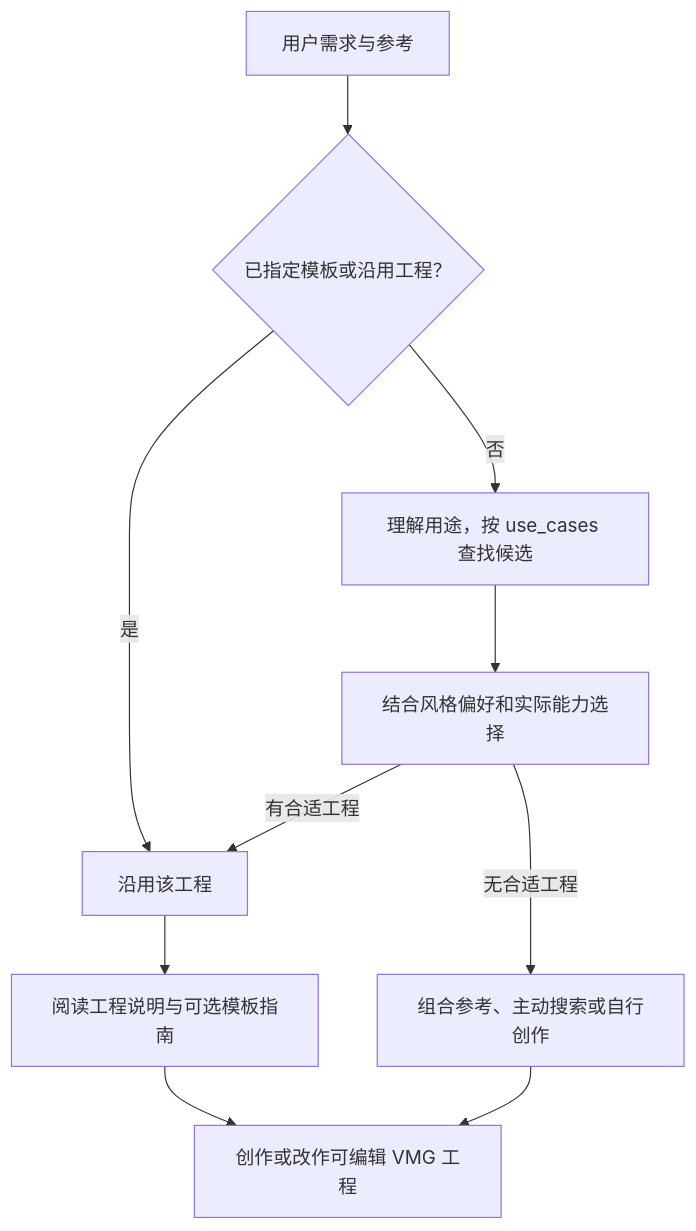
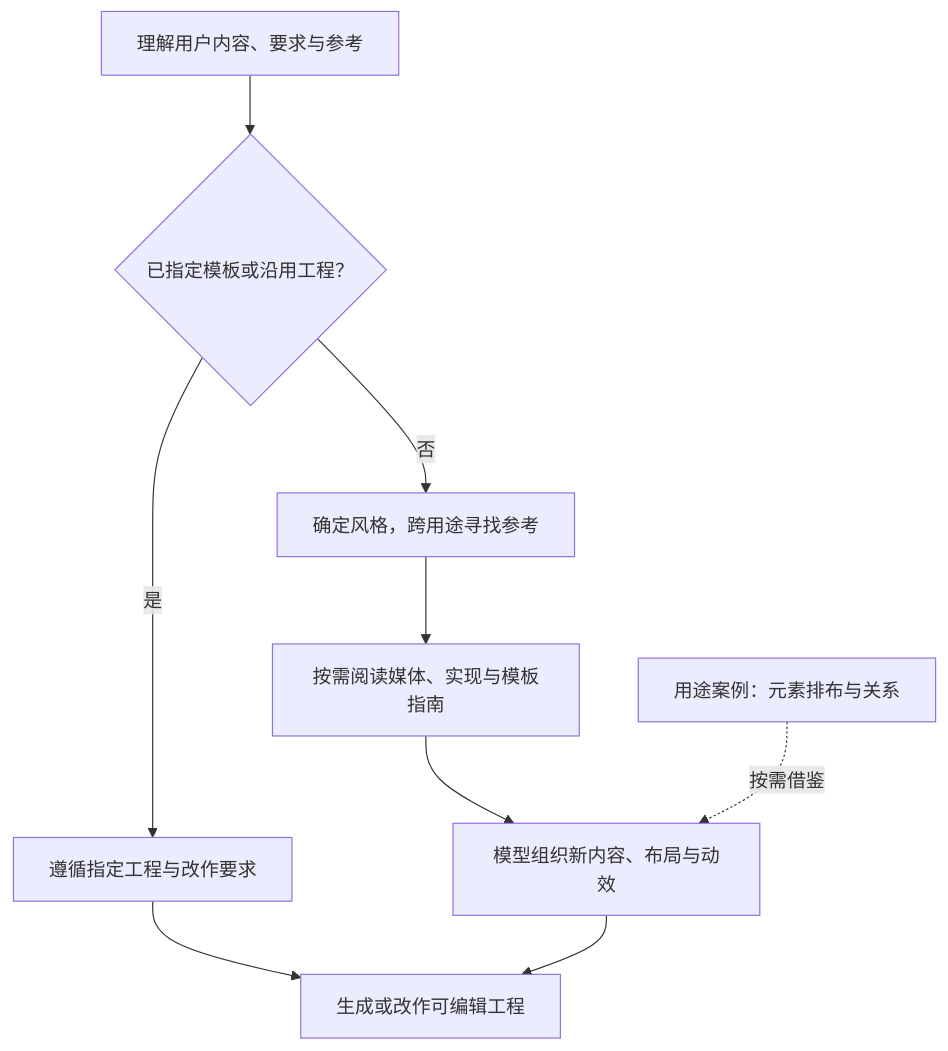
Before and after one commit to VibeMG/awesome-vmg: the diagram in authoring.md, drawn with Mermaid. The commit also changed other lines of this file and 9 other files, not shown here.

````diff
--- a/authoring.md
+++ b/authoring.md
@@ -5,12 +5,11 @@
 ```mermaid
 flowchart TD
-  A[用户需求与参考] --> B{已指定模板或沿用工程？}
-  B -->|是| C[沿用该工程]
-  B -->|否| D[理解用途，按 use_cases 查找候选]
-  D --> E[结合风格偏好和实际能力选择]
-  E -->|有合适工程| C
-  E -->|无合适工程| F[组合参考、主动搜索或自行创作]
-  C --> G[阅读工程说明与可选模板指南]
-  G --> H[创作或改作可编辑 VMG 工程]
+  A[理解用户内容、要求与参考] --> B{已指定模板或沿用工程？}
+  B -->|是| C[遵循指定工程与改作要求]
+  B -->|否| D[确定风格，跨用途寻找参考]
+  D --> E[按需阅读媒体、实现与模板指南]
+  E --> F[模型组织新内容、布局与动效]
+  G[用途案例：元素排布与关系] -. 按需借鉴 .-> F
+  C --> H[生成或改作可编辑工程]
   F --> H
 ```
````
